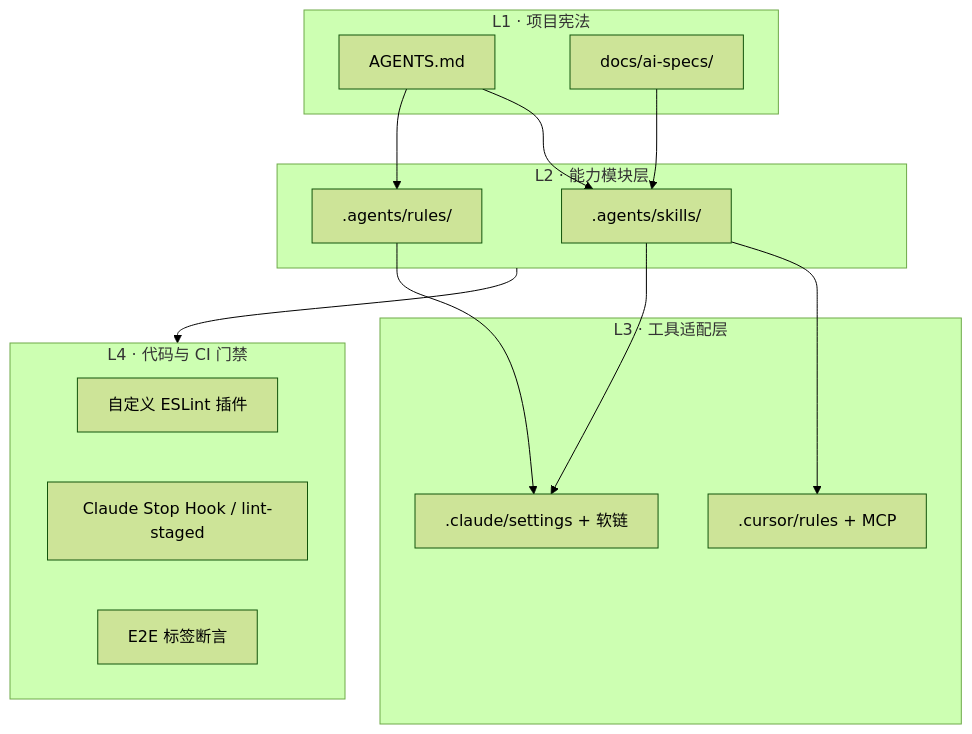
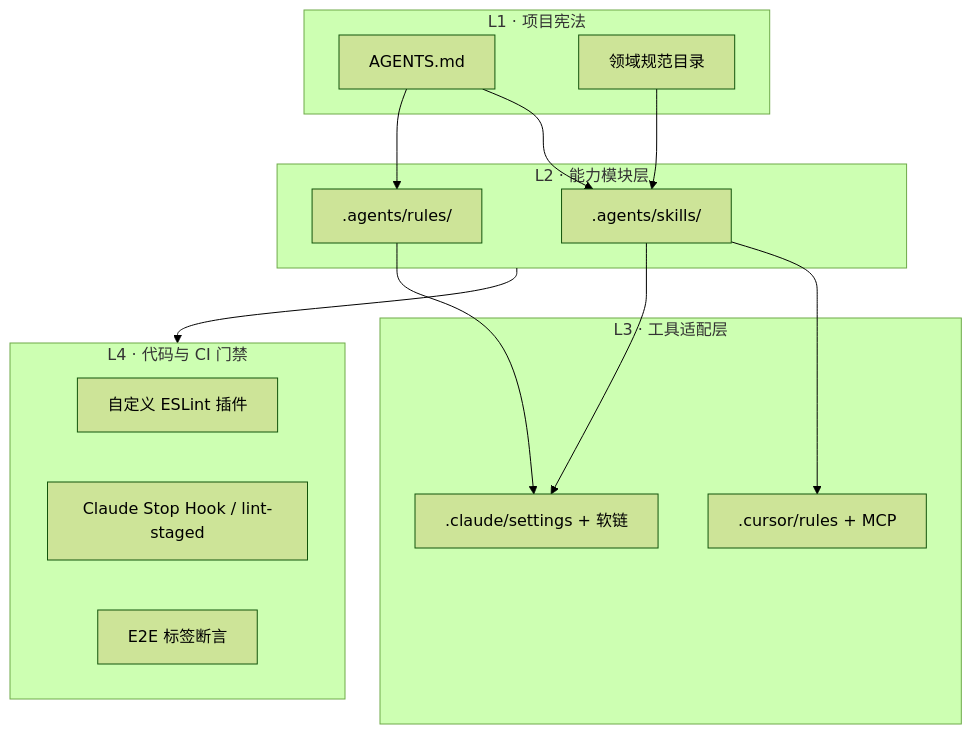
The diagram in content/posts/technical/2026/ai-engineering-harness-practice/index.md (Lee-NG915/cBlog), drawn with Mermaid (forest theme) before and after one commit. The commit also changed other lines of this file and 9 other files, not shown here.

````diff
--- a/content/posts/technical/2026/ai-engineering-harness-practice/index.md
+++ b/content/posts/technical/2026/ai-engineering-harness-practice/index.md
@@ -26,27 +26,27 @@
 ```mermaid
 flowchart TB
   subgraph L4["L4 · 代码与 CI 门禁"]
     ESLint["自定义 ESLint 插件"]
     Hooks["Claude Stop Hook / lint-staged"]
     E2E["E2E 标签断言"]
   end
   subgraph L3["L3 · 工具适配层"]
     Cursor[".cursor/rules + MCP"]
     Claude[".claude/settings + 软链"]
   end
   subgraph L2["L2 · 能力模块层"]
     Skills[".agents/skills/"]
     Rules[".agents/rules/"]
   end
   subgraph L1["L1 · 项目宪法"]
     AGENTS["AGENTS.md"]
-    AISpec["docs/ai-specs/"]
+    AISpec["领域规范目录"]
   end
   AGENTS --> Skills
   AGENTS --> Rules
   Skills --> Cursor
   Skills --> Claude
   Rules --> Claude
   AISpec --> Skills
   L2 --> L4
 ```
````
